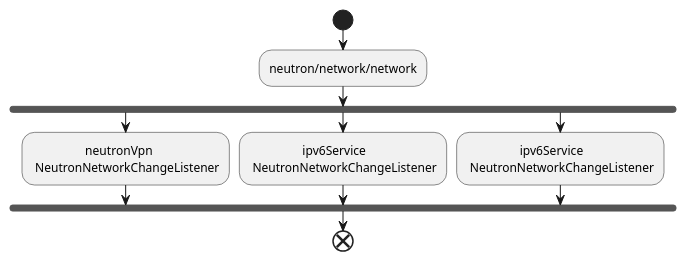
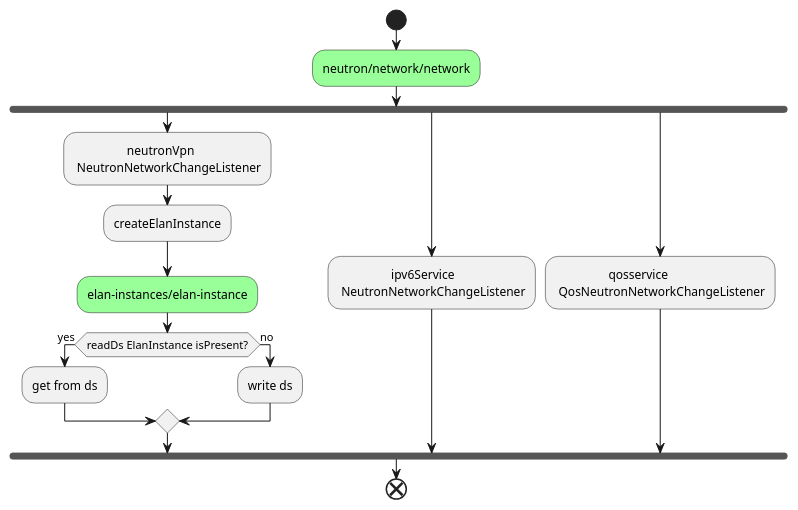
Before and after one commit to jiangwei618/vuepress-them-from-reco: the first of 2 diagrams in 框架/odl/netvirt/网络.md, drawn with PlantUML. The commit also changed other lines of this file and 1 other file, not shown here.

````diff
--- a/框架/odl/netvirt/网络.md
+++ b/框架/odl/netvirt/网络.md
@@ -7,16 +23,25 @@
 ```plantuml
 @startuml
 start
-    :neutron/network/network;
+     #99FF99:neutron/network/network; 
     fork
-        :                 neutronVpn \n NeutronNetworkChangeListener;
+        :                 neutronVpn \n NeutronNetworkChangeListener; 
+        :createElanInstance;
+        #99FF99:elan-instances/elan-instance;
+        if (readDs ElanInstance isPresent?) then (yes)
+            :get from ds; 
+        else (no)
+            :write ds;
+        endif
+        
     fork again
         :                 ipv6Service \n NeutronNetworkChangeListener;
     fork again
-        :                 ipv6Service \n NeutronNetworkChangeListener;
+        :                 qosservice \n QosNeutronNetworkChangeListener;
     end fork
+    
 end
 
 @enduml
 
 ```
````
